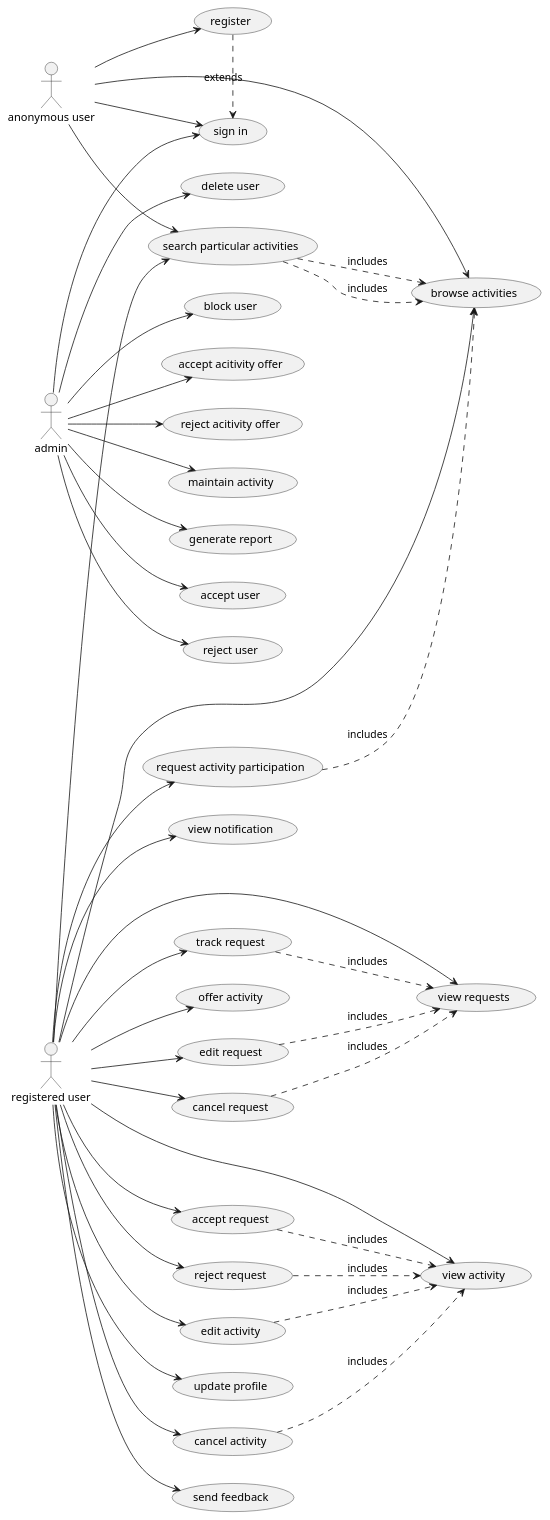
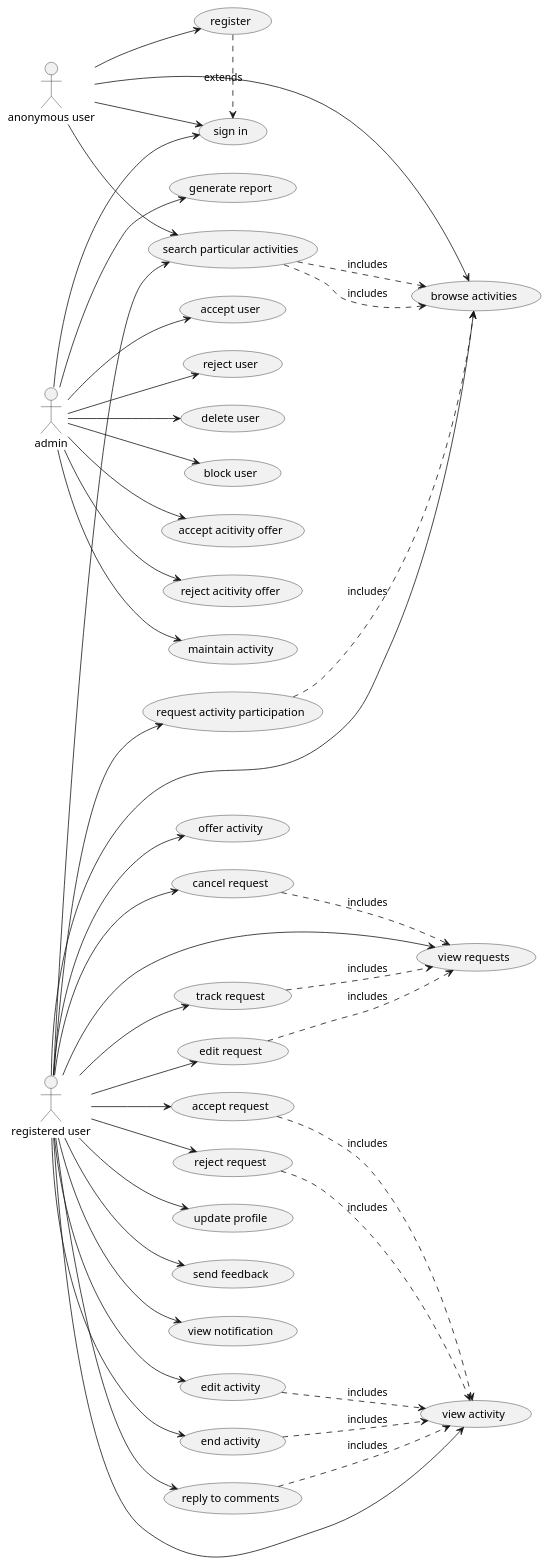
Before and after one commit to OmarAlghamdi/swe363-project-react: the diagram in diagrams/usecase diagrams/usecases.puml, drawn with PlantUML.

```diff
--- a/diagrams/usecase diagrams/usecases.puml
+++ b/diagrams/usecase diagrams/usecases.puml
@@ -1,52 +1,54 @@
 @startuml
 left to right direction
 
 
 :anonymous user: --> (browse activities)
 :anonymous user: --> (search particular activities)
 (search particular activities) .> (browse activities) : includes
 :anonymous user: --> (register) 
 (register) .> (sign in) : extends
 :anonymous user: --> (sign in)
 
 
 :registered user: --> (update profile)
 :registered user: --> (send feedback)
 :registered user: --> (view notification)
 
 :registered user: --> (browse activities)
 (search particular activities) ..> (browse activities) : includes
 (request activity participation) ..> (browse activities) : includes
 :registered user: --> (search particular activities)
 :registered user: --> (request activity participation)
 
 :registered user: --> (view requests)
 (track request) ..> (view requests) : includes
 (edit request) ..> (view requests) : includes
 (cancel request) ..> (view requests) : includes
 :registered user: --> (track request)
 :registered user: --> (edit request)
 :registered user: --> (cancel request)
 
 :registered user: --> (offer activity)
 :registered user: --> (view activity)
 (accept request) ..> (view activity) : includes
 (reject request) ..> (view activity) : includes
 (edit activity) ..> (view activity) : includes
-(cancel activity) ..> (view activity) : includes
+(end activity) ..> (view activity) : includes
+(reply to comments) ..> (view activity) : includes
 :registered user: --> (accept request)
 :registered user: --> (reject request)
 :registered user: --> (edit activity)
-:registered user: --> (cancel activity)
+:registered user: --> (end activity)
+:registered user: --> (reply to comments)
 
 
 :admin: --> (sign in)
 :admin: --> (accept user)
 :admin: --> (reject user)
 :admin: --> (delete user)
 :admin: --> (block user)
 :admin: --> (accept acitivity offer)
 :admin: --> (reject acitivity offer)
 :admin: --> (maintain activity)
 :admin: --> (generate report)
 @enduml
```
